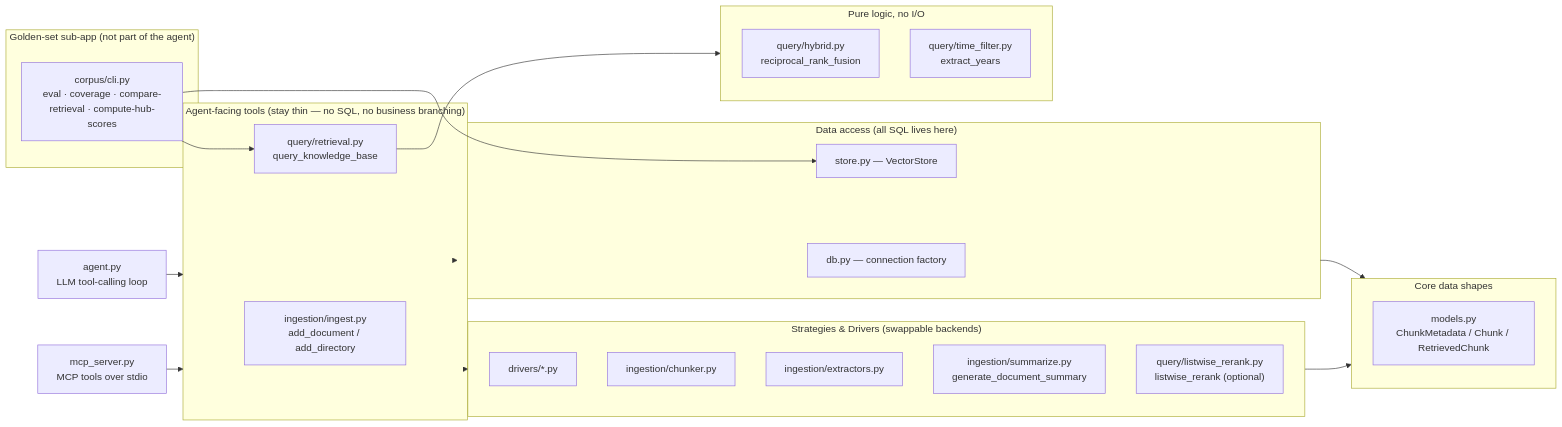
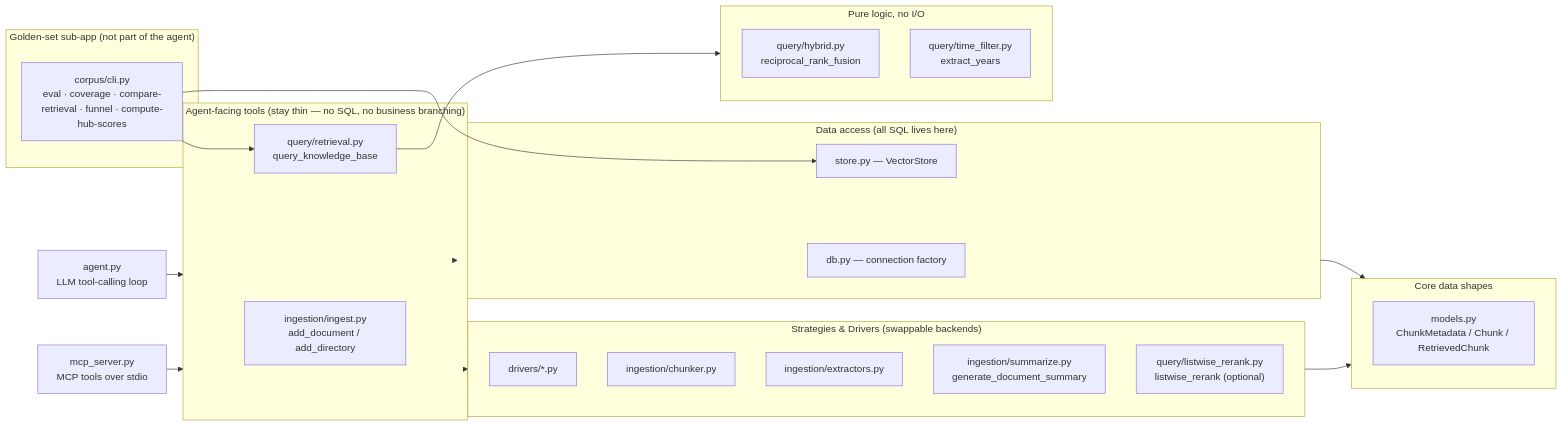
The third of 3 diagrams in docs/architecture.md (olythy/docs-agent), drawn with Mermaid before and after one commit. The commit also changed other lines of this file and 7 other files, not shown here.

First line of the commit message:
feat(corpus): add funnel, a stage-by-stage retrieval trace

````diff
--- a/docs/architecture.md
+++ b/docs/architecture.md
@@ -132,39 +133,39 @@
 ```mermaid
 flowchart LR
     subgraph Orchestrators["Agent-facing tools (stay thin — no SQL, no business branching)"]
         ingest["ingestion/ingest.py<br/>add_document / add_directory"]
         retrieval["query/retrieval.py<br/>query_knowledge_base"]
     end
     subgraph Strategies["Strategies & Drivers (swappable backends)"]
         drivers["drivers/*.py"]
         chunker["ingestion/chunker.py"]
         extractors["ingestion/extractors.py"]
         summarize["ingestion/summarize.py<br/>generate_document_summary"]
         listwise["query/listwise_rerank.py<br/>listwise_rerank (optional)"]
     end
     subgraph DataAccess["Data access (all SQL lives here)"]
         db["db.py — connection factory"]
         store["store.py — VectorStore"]
     end
     subgraph Shapes["Core data shapes"]
         models["models.py<br/>ChunkMetadata / Chunk / RetrievedChunk"]
     end
     subgraph Fusion["Pure logic, no I/O"]
         hybrid["query/hybrid.py<br/>reciprocal_rank_fusion"]
         timefilter["query/time_filter.py<br/>extract_years"]
     end
     subgraph Measuring["Golden-set sub-app (not part of the agent)"]
-        corpus["corpus/cli.py<br/>eval · coverage · compare-retrieval · compute-hub-scores"]
+        corpus["corpus/cli.py<br/>eval · coverage · compare-retrieval · funnel · compute-hub-scores"]
     end
 
     Orchestrators --> Strategies
     Orchestrators --> DataAccess
     Strategies --> Shapes
     DataAccess --> Shapes
     retrieval --> Fusion
     corpus --> retrieval
     corpus --> store
 
     agent["agent.py<br/>LLM tool-calling loop"] --> Orchestrators
     mcp["mcp_server.py<br/>MCP tools over stdio"] --> Orchestrators
 ```
````
